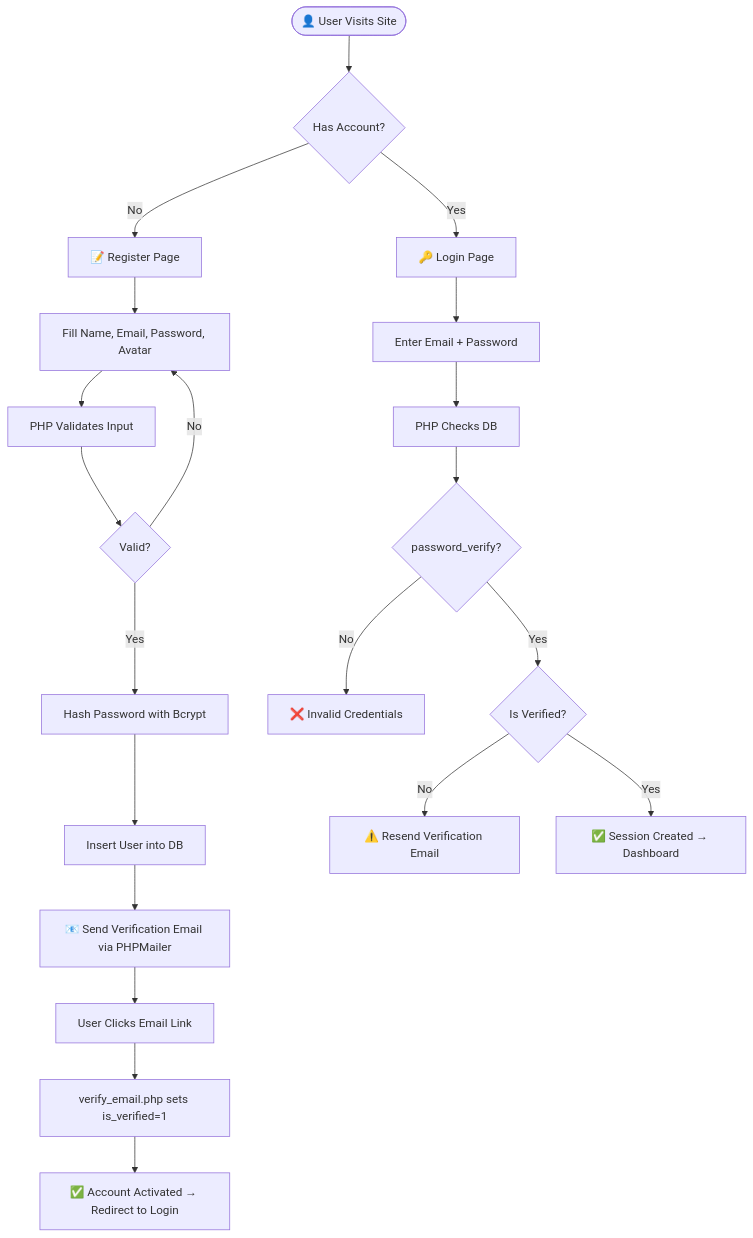
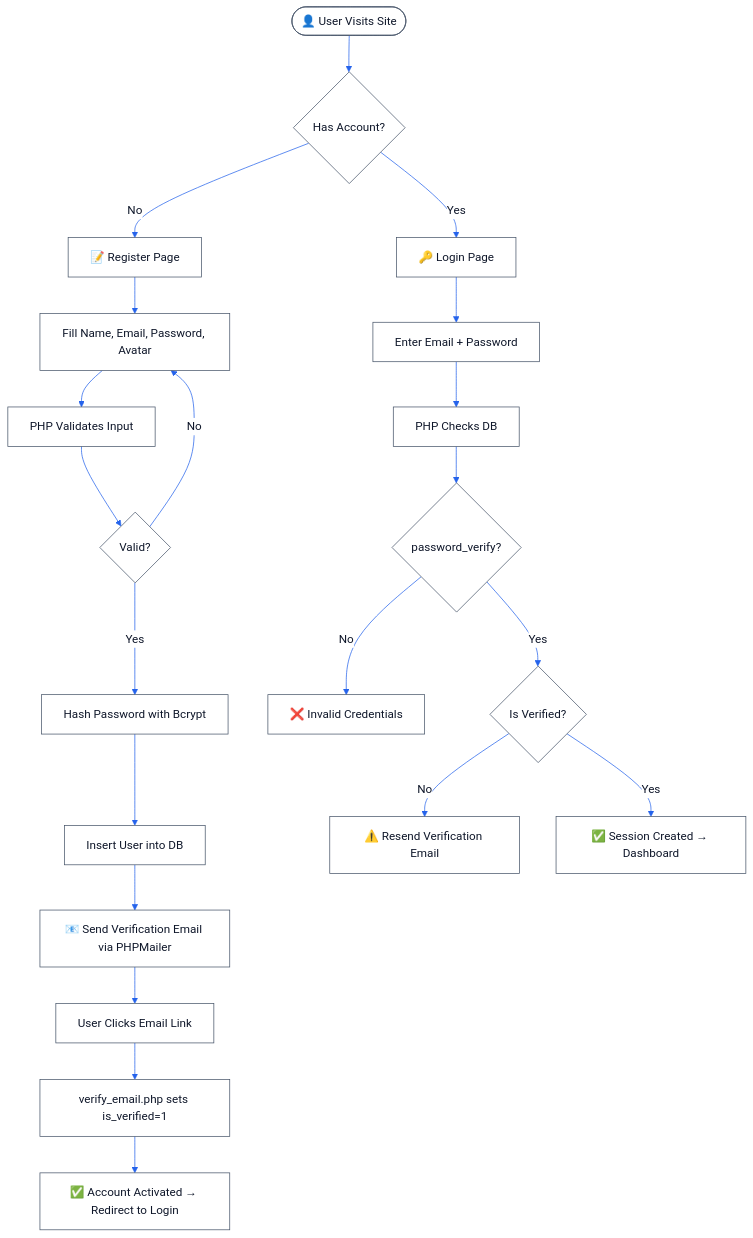
Before and after one commit to kkamranhhasan/NoteNest_AI: the fourth of 6 diagrams in README.md, drawn with Mermaid. The commit also changed other lines of this file, not shown here.

Commit message:
docs: set diagram backgrounds to white and remove team section

````diff
--- a/README.md
+++ b/README.md
@@ -639,23 +683,45 @@
 ```mermaid
+%%{init: {
+  'theme': 'base',
+  'themeVariables': {
+    'background': '#ffffff',
+    'mainBkg': '#ffffff',
+    'secondBkg': '#ffffff',
+    'primaryColor': '#ffffff',
+    'primaryTextColor': '#0f172a',
+    'primaryBorderColor': '#64748b',
+    'lineColor': '#2563eb',
+    'secondaryColor': '#f8fafc',
+    'tertiaryColor': '#f1f5f9',
+    'nodeBorder': '#475569',
+    'clusterBkg': '#ffffff',
+    'clusterBorder': '#cbd5e1',
+    'titleColor': '#0f172a',
+    'edgeLabelBackground': '#ffffff',
+    'attributeBackgroundColorEven': '#f8fafc',
+    'attributeBackgroundColorOdd': '#ffffff',
+    'fontFamily': 'sans-serif'
+  }
+}}%%
 flowchart TD
     A([👤 User Visits Site]) --> B{Has Account?}
     B -- No --> C[📝 Register Page]
     C --> D[Fill Name, Email, Password, Avatar]
     D --> E[PHP Validates Input]
     E --> F{Valid?}
     F -- No --> D
     F -- Yes --> G[Hash Password with Bcrypt]
     G --> H[Insert User into DB]
     H --> I[📧 Send Verification Email via PHPMailer]
     I --> J[User Clicks Email Link]
     J --> K[verify_email.php sets is_verified=1]
     K --> L[✅ Account Activated → Redirect to Login]
     B -- Yes --> M[🔑 Login Page]
     M --> N[Enter Email + Password]
     N --> O[PHP Checks DB]
     O --> P{password_verify?}
     P -- No --> Q[❌ Invalid Credentials]
     P -- Yes --> R{Is Verified?}
     R -- No --> S[⚠️ Resend Verification Email]
     R -- Yes --> T[✅ Session Created → Dashboard]
 ```
````
